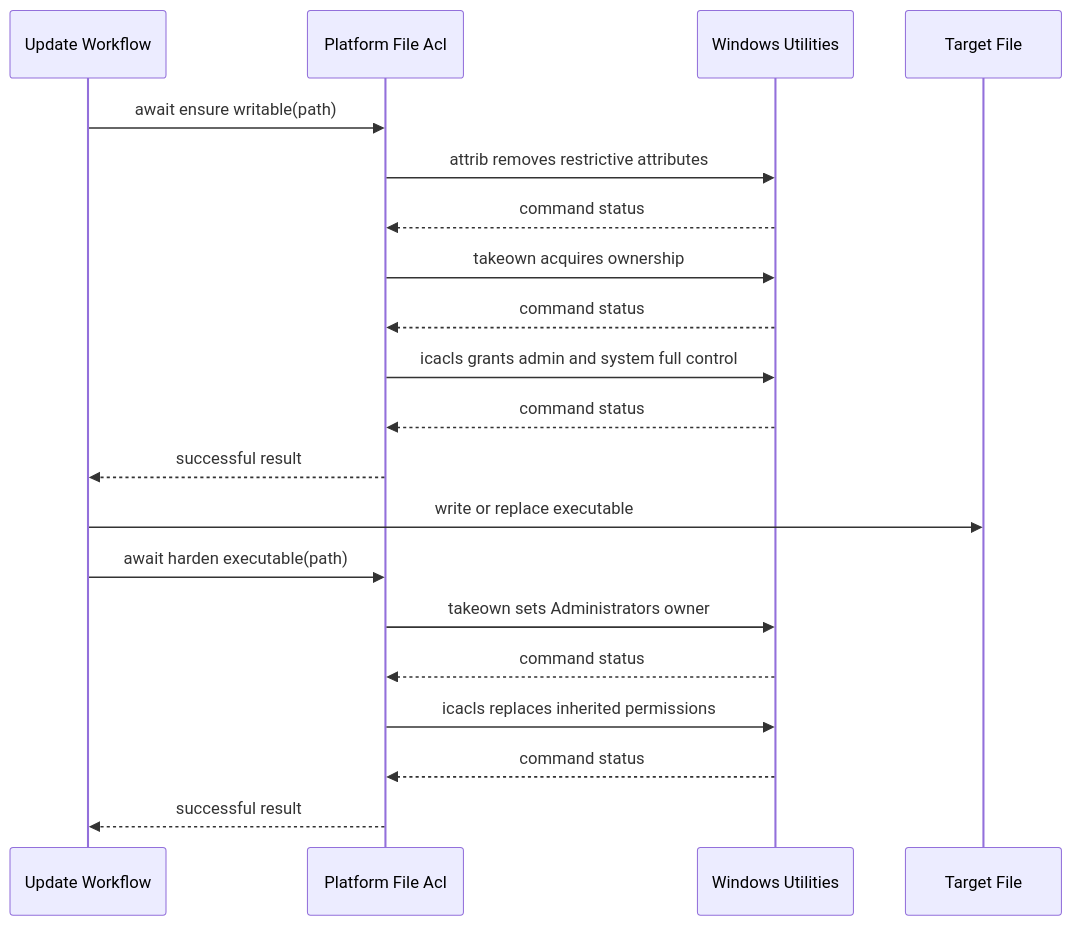
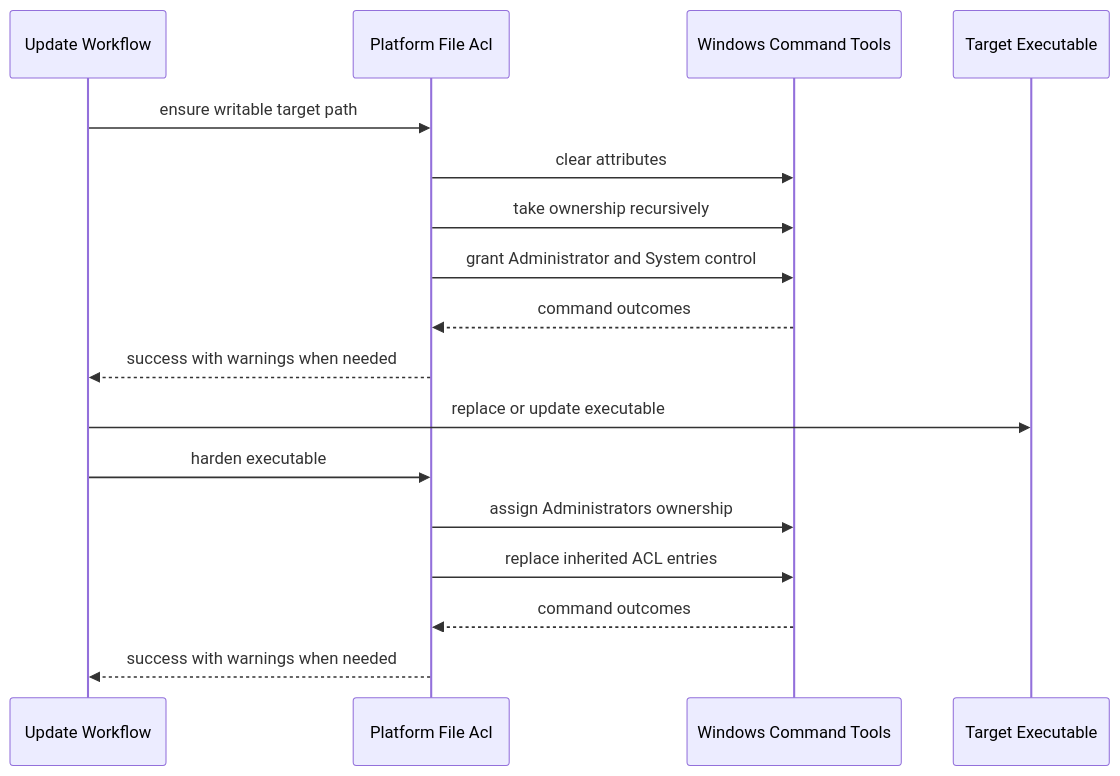
One commit to flamingo-stack/openframe-oss-tenant changed the third of 4 diagrams in docs/reference/architecture/openframe-client-core/platform-file-acl/platform-file-acl.md. Above: the diagram before and after it, drawn with Mermaid. The commit also changed other lines of this file and 2377 other files, not shown here.

````diff
--- a/docs/reference/architecture/openframe-client-core/platform-file-acl/platform-file-acl.md
+++ b/docs/reference/architecture/openframe-client-core/platform-file-acl/platform-file-acl.md
@@ -77,22 +75,19 @@
 ```mermaid
 sequenceDiagram
     participant Workflow as Update Workflow
     participant Acl as Platform File Acl
-    participant Win as Windows Utilities
-    participant File as Target File
-    Workflow->>Acl: await ensure writable(path)
-    Acl->>Win: attrib removes restrictive attributes
-    Win-->>Acl: command status
-    Acl->>Win: takeown acquires ownership
-    Win-->>Acl: command status
-    Acl->>Win: icacls grants admin and system full control
-    Win-->>Acl: command status
-    Acl-->>Workflow: successful result
-    Workflow->>File: write or replace executable
-    Workflow->>Acl: await harden executable(path)
-    Acl->>Win: takeown sets Administrators owner
-    Win-->>Acl: command status
-    Acl->>Win: icacls replaces inherited permissions
-    Win-->>Acl: command status
-    Acl-->>Workflow: successful result
+    participant Windows as Windows Command Tools
+    participant Binary as Target Executable
+    Workflow->>Acl: ensure writable target path
+    Acl->>Windows: clear attributes
+    Acl->>Windows: take ownership recursively
+    Acl->>Windows: grant Administrator and System control
+    Windows-->>Acl: command outcomes
+    Acl-->>Workflow: success with warnings when needed
+    Workflow->>Binary: replace or update executable
+    Workflow->>Acl: harden executable
+    Acl->>Windows: assign Administrators ownership
+    Acl->>Windows: replace inherited ACL entries
+    Windows-->>Acl: command outcomes
+    Acl-->>Workflow: success with warnings when needed
 ```
````
